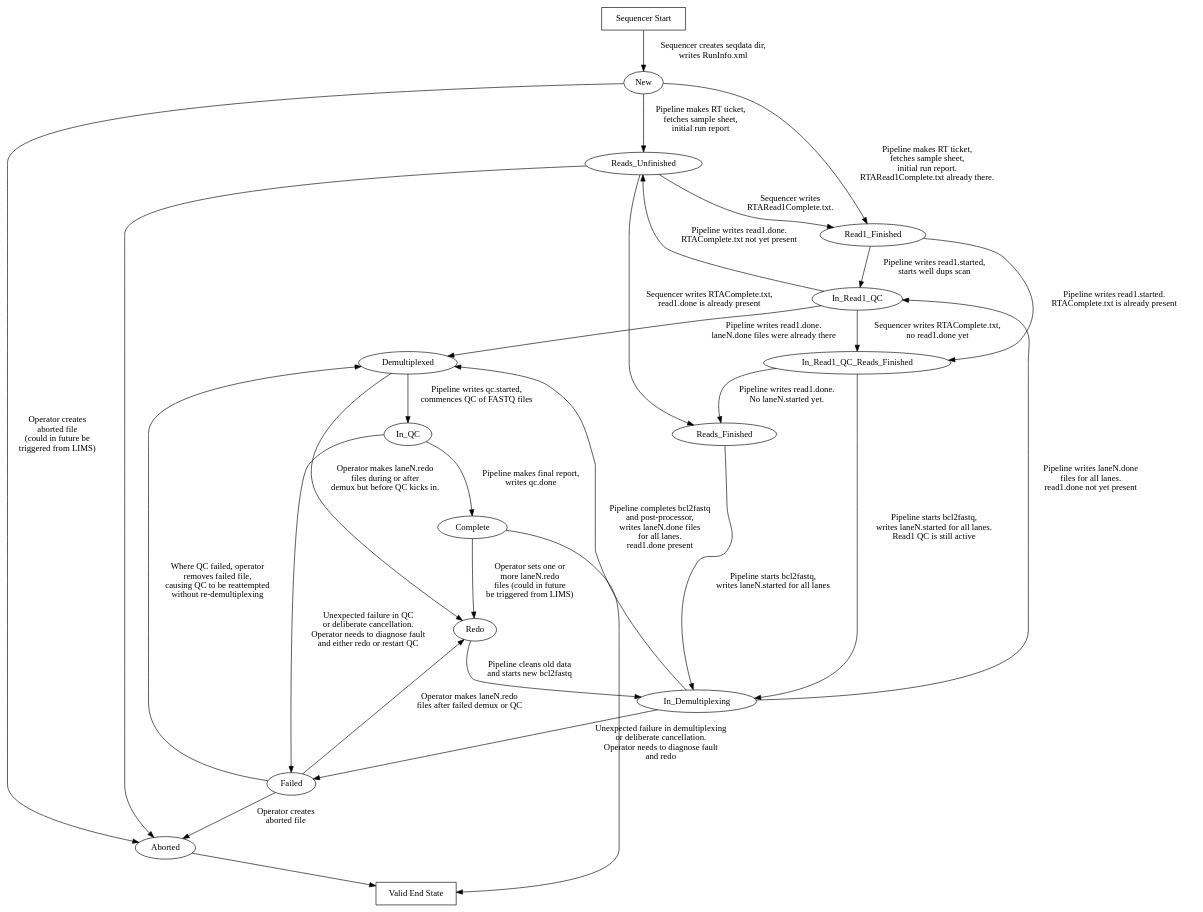
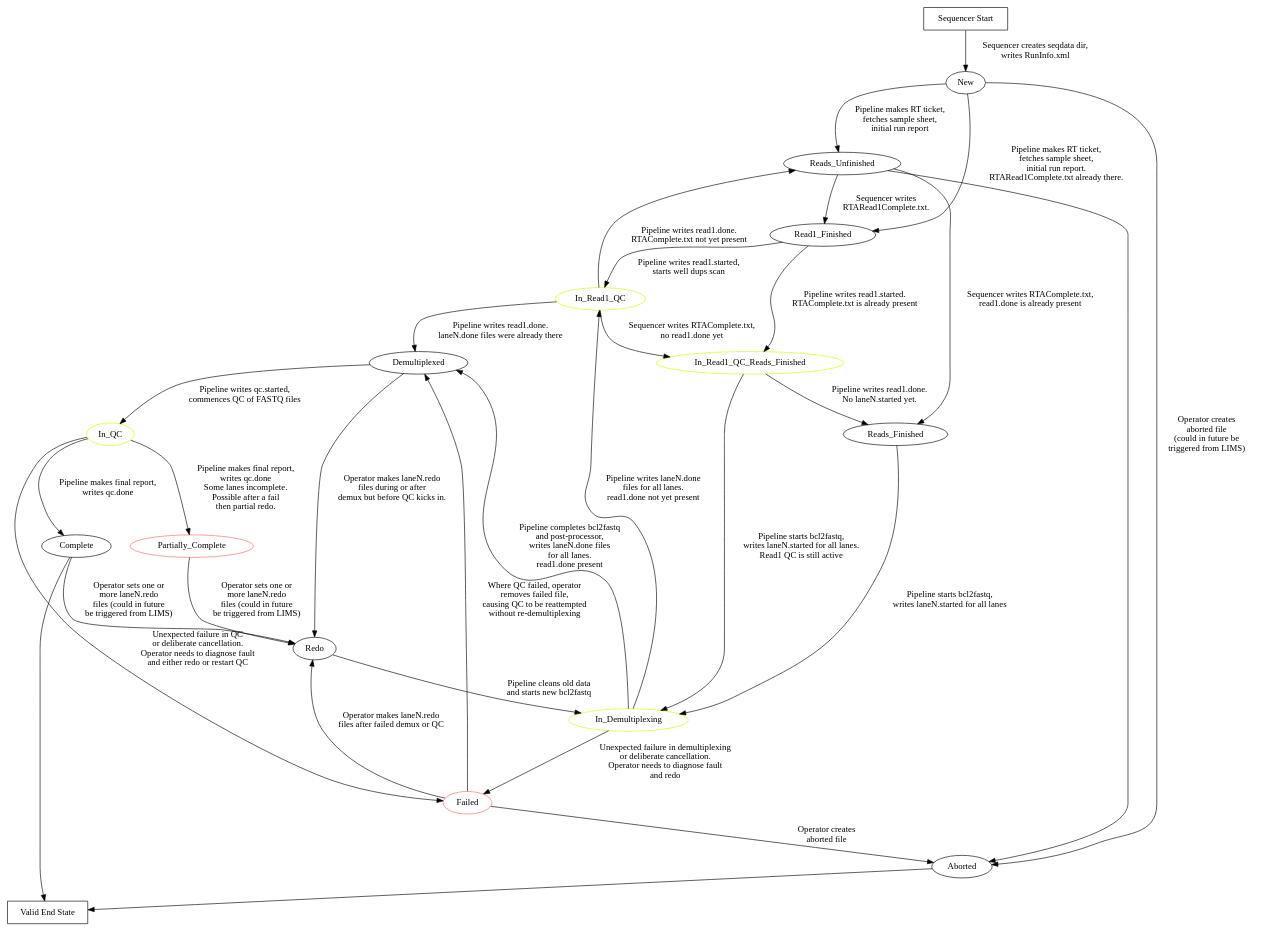
Before and after one commit to EdinburghGenomics/illuminatus: the diagram in doc/qc_trigger.gv, drawn with Graphviz. The commit also changed 4 other files, not shown here.

```diff
--- a/doc/qc_trigger.gv
+++ b/doc/qc_trigger.gv
@@ -1,35 +1,44 @@
 digraph G {
   //rankdir=LR;
+  // $ dot -Tps doc/qc_trigger.gv -o doc/qc_trigger.ps
   labelfloat=True;
   "Sequencer Start" [ shape = rectangle ]
   "Sequencer Start"   -> "New" [ label = "Sequencer creates seqdata dir,\n writes RunInfo.xml" ]
   "New"               -> "Reads_Unfinished" [ label = "Pipeline makes RT ticket,\n fetches sample sheet,\n initial run report" ]
   "New"               -> "Read1_Finished" [ label = "Pipeline makes RT ticket,\n fetches sample sheet,\n initial run report.\n RTARead1Complete.txt already there." ]
   "Reads_Unfinished"  -> "Read1_Finished" [ label = "Sequencer writes\n RTARead1Complete.txt." ]
   "Read1_Finished"    -> "In_Read1_QC" [ label = "Pipeline writes read1.started,\n starts well dups scan" ]
   "In_Read1_QC"       -> "In_Read1_QC_Reads_Finished" [ label = "Sequencer writes RTAComplete.txt,\n no read1.done yet" ]
   "In_Read1_QC"       -> "Reads_Unfinished" [ label = "Pipeline writes read1.done.\n RTAComplete.txt not yet present" ]
   "In_Read1_QC"       -> "Demultiplexed" [ label = "Pipeline writes read1.done.\n laneN.done files were already there" ]
+  "In_Read1_QC" [color="0.201 1.000 1.000"]
   "Read1_Finished"    -> "In_Read1_QC_Reads_Finished" [ label = "Pipeline writes read1.started.\n RTAComplete.txt is already present" ]
   "In_Read1_QC_Reads_Finished" -> "In_Demultiplexing" [ label = "Pipeline starts bcl2fastq,\n writes laneN.started for all lanes.\n Read1 QC is still active" ]
   "In_Read1_QC_Reads_Finished" -> "Reads_Finished" [ label = "Pipeline writes read1.done.\n No laneN.started yet." ]
+  "In_Read1_QC_Reads_Finished" [color="0.201 1.000 1.000"]
   "Reads_Unfinished"  -> "Reads_Finished" [ label = "Sequencer writes RTAComplete.txt,\n read1.done is already present" ]
   "Reads_Finished"    -> "In_Demultiplexing" [ label = "Pipeline starts bcl2fastq,\n writes laneN.started for all lanes" ]
   "In_Demultiplexing" -> "In_Read1_QC" [ label = "Pipeline writes laneN.done\n files for all lanes.\n read1.done not yet present" ]
   "In_Demultiplexing" -> "Demultiplexed" [ label = "Pipeline completes bcl2fastq\n and post-processor,\n writes laneN.done files\n for all lanes.\n read1.done present" ]
+  "In_Demultiplexing" [color="0.201 1.000 1.000"]
   "Demultiplexed"     -> "In_QC" [ label = "Pipeline writes qc.started,\n commences QC of FASTQ files" ]
   "In_QC"             -> "Complete" [ label = "Pipeline makes final report,\n writes qc.done" ]
   "In_QC"             -> "Failed" [ label = "Unexpected failure in QC\n or deliberate cancellation.\n Operator needs to diagnose fault\n and either redo or restart QC" ]
+  "In_QC"             -> "Partially_Complete" [ label = "Pipeline makes final report,\n writes qc.done\n Some lanes incomplete.\n Possible after a fail\n then partial redo." ]
+  "In_QC" [color="0.201 1.000 1.000"]
   "In_Demultiplexing" -> "Failed" [ label = "Unexpected failure in demultiplexing\n or deliberate cancellation.\n Operator needs to diagnose fault\n and redo" ]
   "Failed"            -> "Redo" [ label = "Operator makes laneN.redo\n files after failed demux or QC" ]
   "Demultiplexed"     -> "Redo" [ label = "Operator makes laneN.redo\n files during or after\n demux but before QC kicks in." ]
   "Complete"          -> "Redo" [ label = "Operator sets one or\n more laneN.redo\n files (could in future\n be triggered from LIMS)" ]
+  "Partially_Complete" -> "Redo" [ label = "Operator sets one or\n more laneN.redo\n files (could in future\n be triggered from LIMS)" ]
+  "Partially_Complete" [color="0.000 0.600 1.000"]
   "Failed"            -> "Demultiplexed" [ label = "Where QC failed, operator\n removes failed file,\n causing QC to be reattempted\n without re-demultiplexing" ]
+  "Failed" [color="0.000 0.600 1.000"]
   "Redo"              -> "In_Demultiplexing" [ label = "Pipeline cleans old data\n and starts new bcl2fastq" ] 
   "New"               -> "Aborted" [ label = "Operator creates\n aborted file\n (could in future be\n triggered from LIMS)" ]
   "Reads_Unfinished"  -> "Aborted"
   "Failed"            -> "Aborted" [ label = "Operator creates\n aborted file" ]
   "Valid End State" [ shape = rectangle ]
   "Complete"          -> "Valid End State"
   "Aborted"           -> "Valid End State"
 }
```
